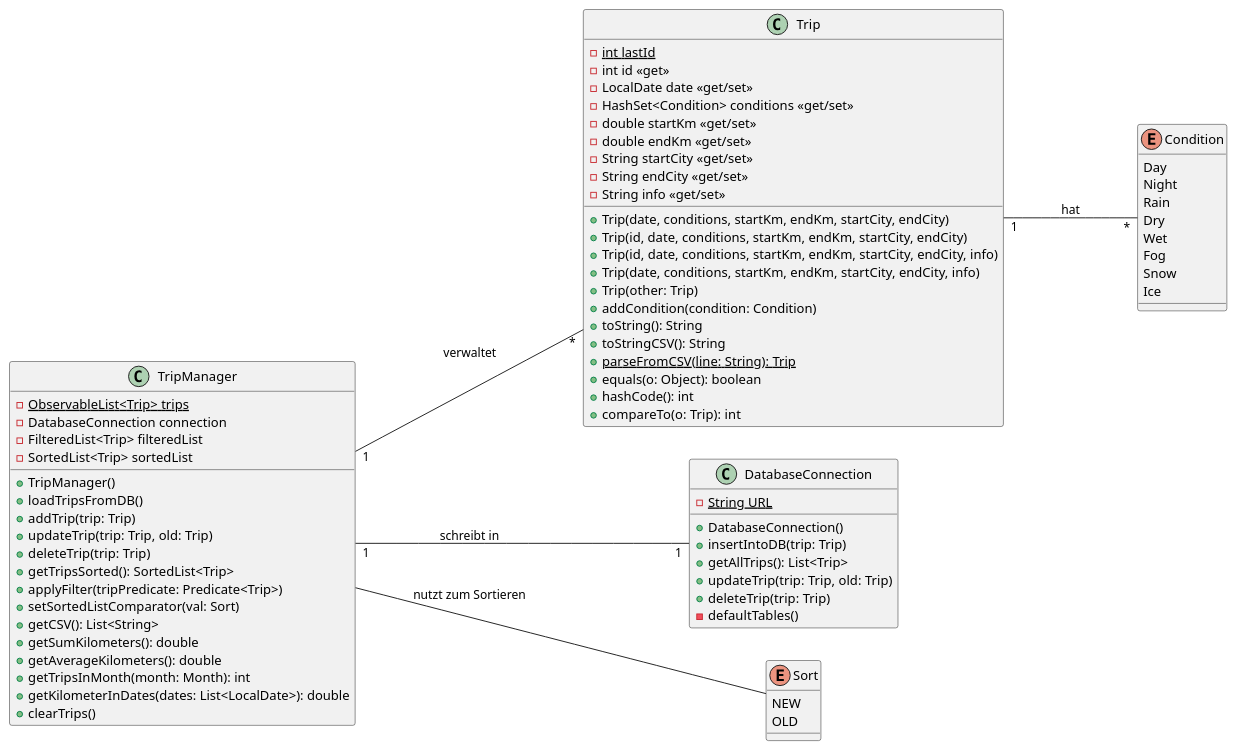
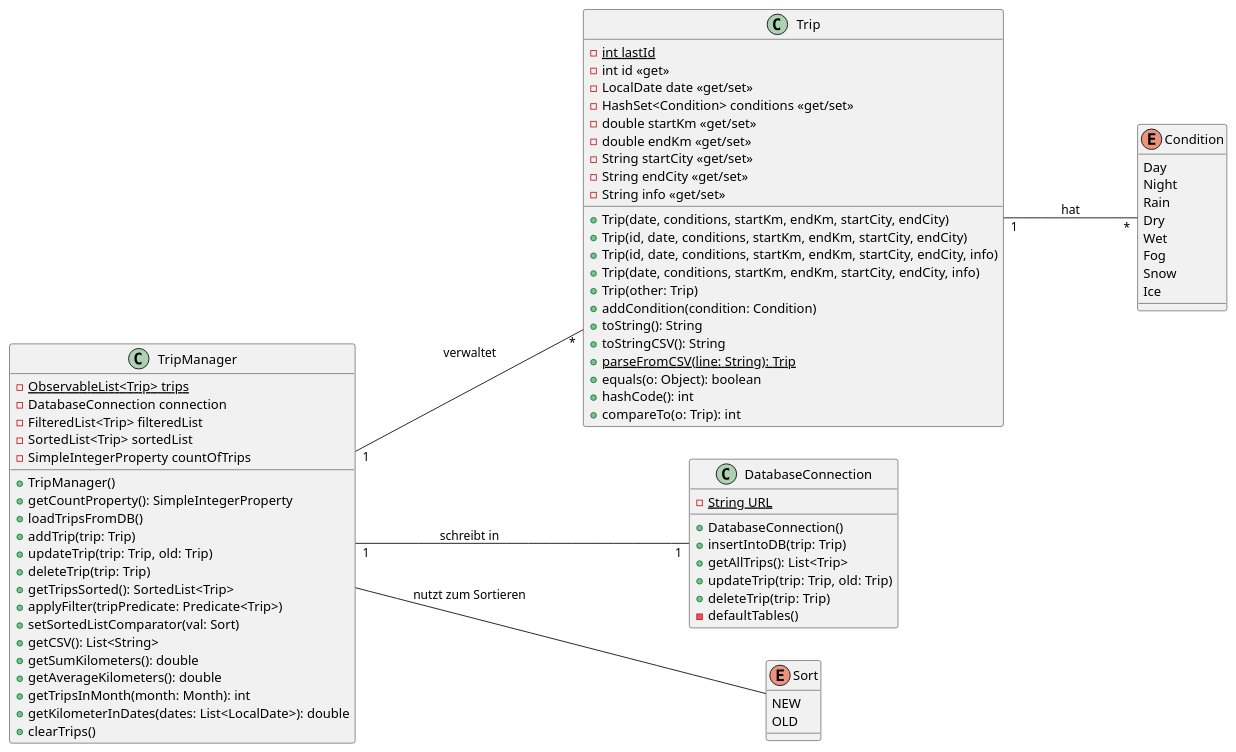
One commit to jbrunnerhtl/Driving_Tracker_Java_Docs changed the diagram in asciidocs/docs/structure.adoc. Above: the diagram before and after it, drawn with PlantUML. The commit also changed 1 other file, not shown here.

```diff
--- a/asciidocs/docs/structure.adoc
+++ b/asciidocs/docs/structure.adoc
@@ -51,8 +51,10 @@
     -DatabaseConnection connection
     -FilteredList<Trip> filteredList
     -SortedList<Trip> sortedList
+    -SimpleIntegerProperty countOfTrips
 
     +TripManager()
+    +getCountProperty(): SimpleIntegerProperty
     +loadTripsFromDB()
     +addTrip(trip: Trip)
     +updateTrip(trip: Trip, old: Trip)
@@ -95,7 +97,6 @@
     OLD
 }
 
-
 Trip "1" --- "*" Condition : hat
 TripManager "1" --- "*" Trip : verwaltet
 TripManager "1" --- "1" DatabaseConnection : schreibt in
```
